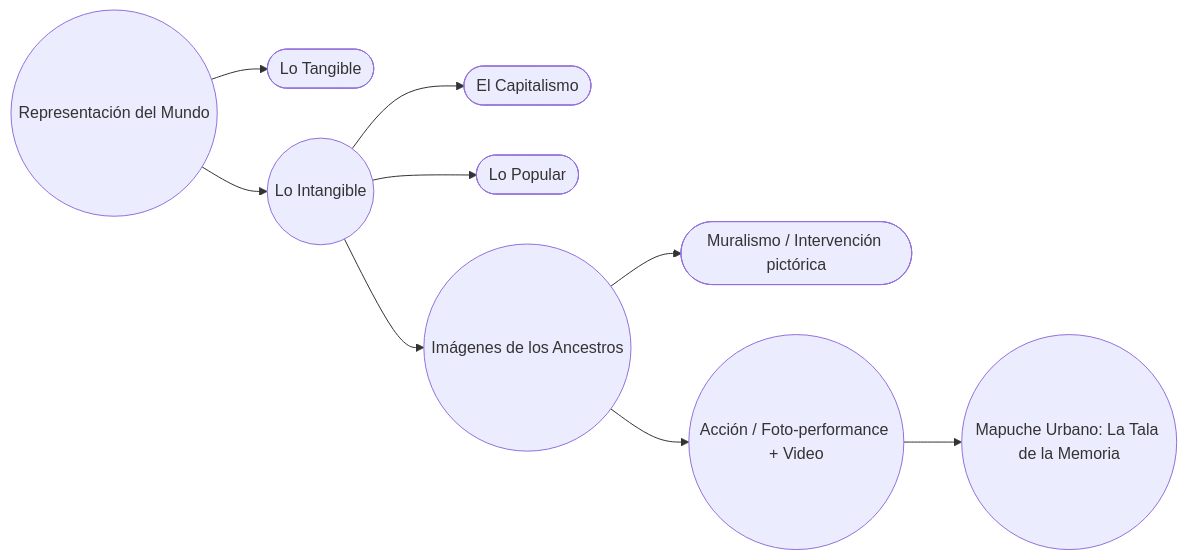
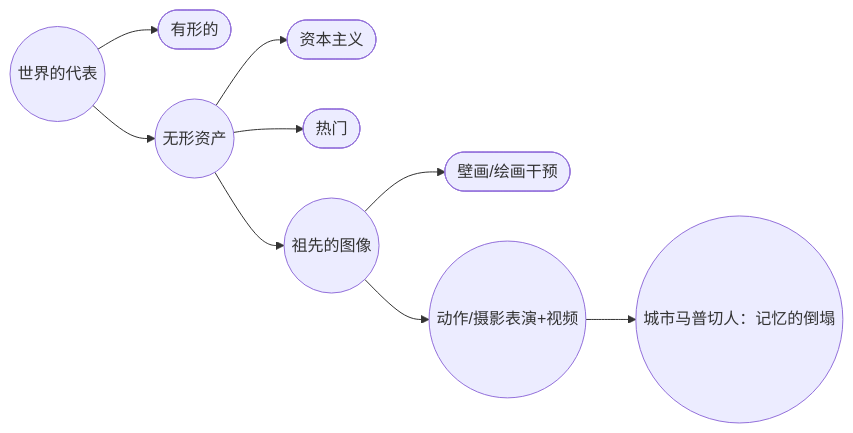
One commit to EGGS-Artesvisuales/EGGS-Artesvisuales.github.io changed the diagram in CHN/mapuche-urbano.md. Above: the diagram before and after it, drawn with Mermaid. The commit also changed other lines of this file and 43 other files, not shown here.

```diff
--- a/CHN/mapuche-urbano.md
+++ b/CHN/mapuche-urbano.md
@@ -23,32 +23,32 @@
 <div class="mermaid">
 flowchart LR
   %% Regla visual:
-  %% - Ruta activa (nodos tocados): ((redondos))
-  %% - Hermanos / ramas fuera de ruta: ([redondeados-rectangulares])
+  %% - Ruta activa (触及的节点): ((圆形的))
+  %% - Hermanos / ramas fuera de ruta: ([圆角矩形])
 
-  A((Representación del Mundo)) --> T([Lo Tangible])
-  A --> I((Lo Intangible))
+  A((世界的代表)) --> T([有形的])
+  A --> I((无形资产))
 
-  I --> C([El Capitalismo])
-  I --> P([Lo Popular])
-  I --> AN((Imágenes de los Ancestros))
+  I --> C([资本主义])
+  I --> P([热门])
+  I --> AN((祖先的图像))
 
-  AN --> AN_M([Muralismo / Intervención pictórica])
-  AN --> AN_A((Acción / Foto-performance + Video))
+  AN --> AN_M([壁画/绘画干预])
+  AN --> AN_A((动作/摄影表演+视频))
 
-  AN_A --> MU((Mapuche Urbano: La Tala de la Memoria))
+  AN_A --> MU((城市马普切人：记忆的倒塌))
 
-  %% Links (ES/)
-  click A "/CHN/mundo-exterior.html" "Ir a Representación del Mundo"
-  click T "/CHN/tangible.html" "Ir a Lo Tangible"
-  click I "/CHN/intangible.html" "Ir a Lo Intangible"
+  %% Links (是/)
+  click A "/CHN/mundo-exterior.html" "前往世界代表"
+  click T "/CHN/tangible.html" "走向有形"
+  click I "/CHN/intangible.html" "走向无形"
 
-  click C "/CHN/en-construccion.html" "En construcción"
-  click P "/CHN/en-construccion.html" "En construcción"
+  click C "/CHN/en-construccion.html" "建设中"
+  click P "/CHN/en-construccion.html" "建设中"
 
-  click AN "/CHN/imagenes-ancestros.html" "Ir a Imágenes de los Ancestros"
-  click AN_M "/CHN/en-construccion.html" "En construcción"
-  click AN_A "/CHN/en-construccion.html" "En construcción"
+  click AN "/CHN/imagenes-ancestros.html" "前往祖先画像"
+  click AN_M "/CHN/en-construccion.html" "建设中"
+  click AN_A "/CHN/en-construccion.html" "建设中"
 
-  click MU "/CHN/mapuche-urbano.html" "Estás aquí"
+  click MU "/CHN/mapuche-urbano.html" "你在这里"
 </div>
```
